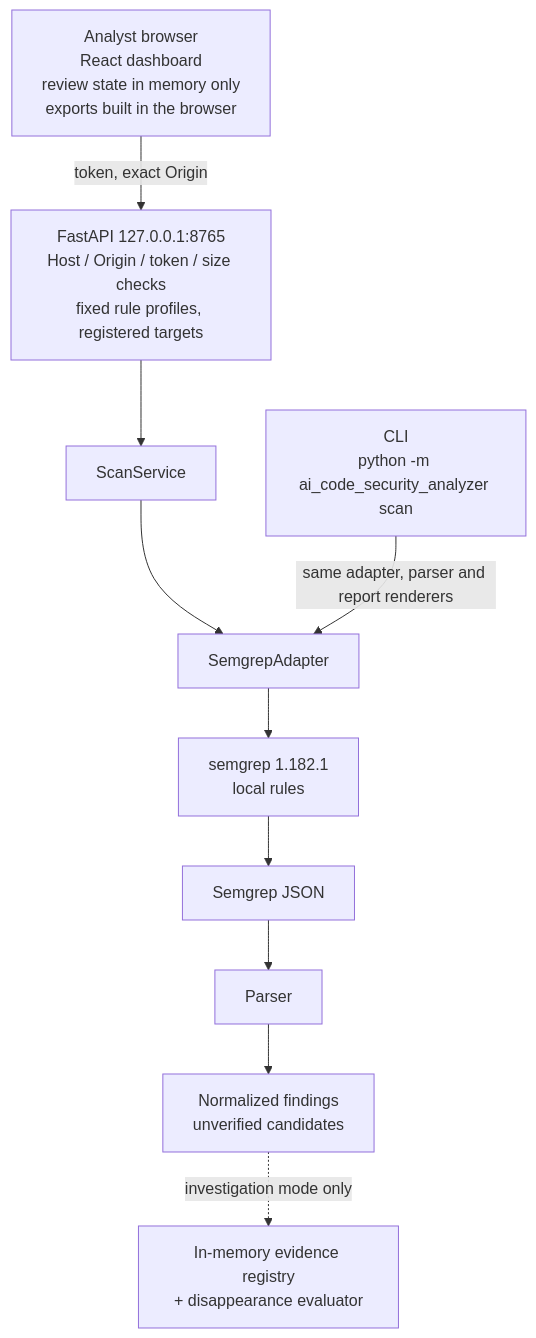
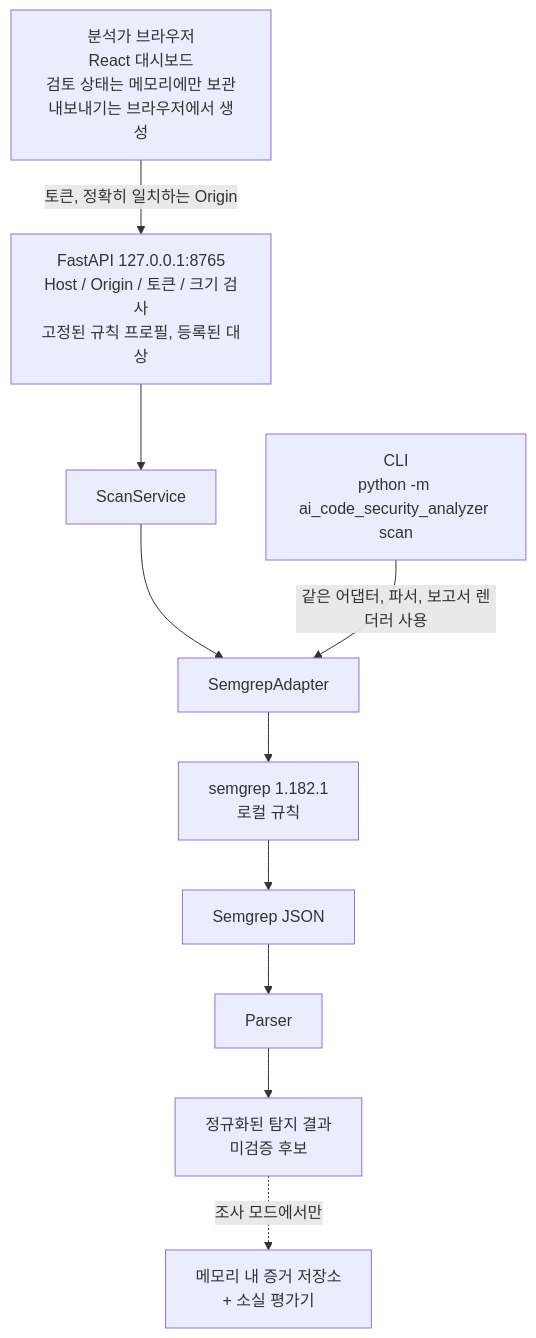
One commit to misosos/ai-code-security-analyzer changed the diagram in README.md. Above: the diagram before and after it, drawn with Mermaid. The commit also changed other lines of this file and 3 other files, not shown here.

````diff
--- a/README.md
+++ b/README.md
@@ -36,18 +38,18 @@
 ```mermaid
 flowchart TD
-    B["Analyst browser<br/>React dashboard<br/>review state in memory only<br/>exports built in the browser"]
-    A["FastAPI 127.0.0.1:8765<br/>Host / Origin / token / size checks<br/>fixed rule profiles, registered targets"]
+    B["분석가 브라우저<br/>React 대시보드<br/>검토 상태는 메모리에만 보관<br/>내보내기는 브라우저에서 생성"]
+    A["FastAPI 127.0.0.1:8765<br/>Host / Origin / 토큰 / 크기 검사<br/>고정된 규칙 프로필, 등록된 대상"]
     CLI["CLI<br/>python -m ai_code_security_analyzer scan"]
     S["ScanService"]
     AD["SemgrepAdapter"]
-    SG["semgrep 1.182.1<br/>local rules"]
+    SG["semgrep 1.182.1<br/>로컬 규칙"]
     J["Semgrep JSON"]
     P["Parser"]
-    N["Normalized findings<br/>unverified candidates"]
-    E["In-memory evidence registry<br/>+ disappearance evaluator"]
+    N["정규화된 탐지 결과<br/>미검증 후보"]
+    E["메모리 내 증거 저장소<br/>+ 소실 평가기"]
 
-    B -->|"token, exact Origin"| A
+    B -->|"토큰, 정확히 일치하는 Origin"| A
     A --> S --> AD --> SG --> J --> P --> N
-    CLI -->|"same adapter, parser and report renderers"| AD
-    N -.->|"investigation mode only"| E
+    CLI -->|"같은 어댑터, 파서, 보고서 렌더러 사용"| AD
+    N -.->|"조사 모드에서만"| E
 ```
````
